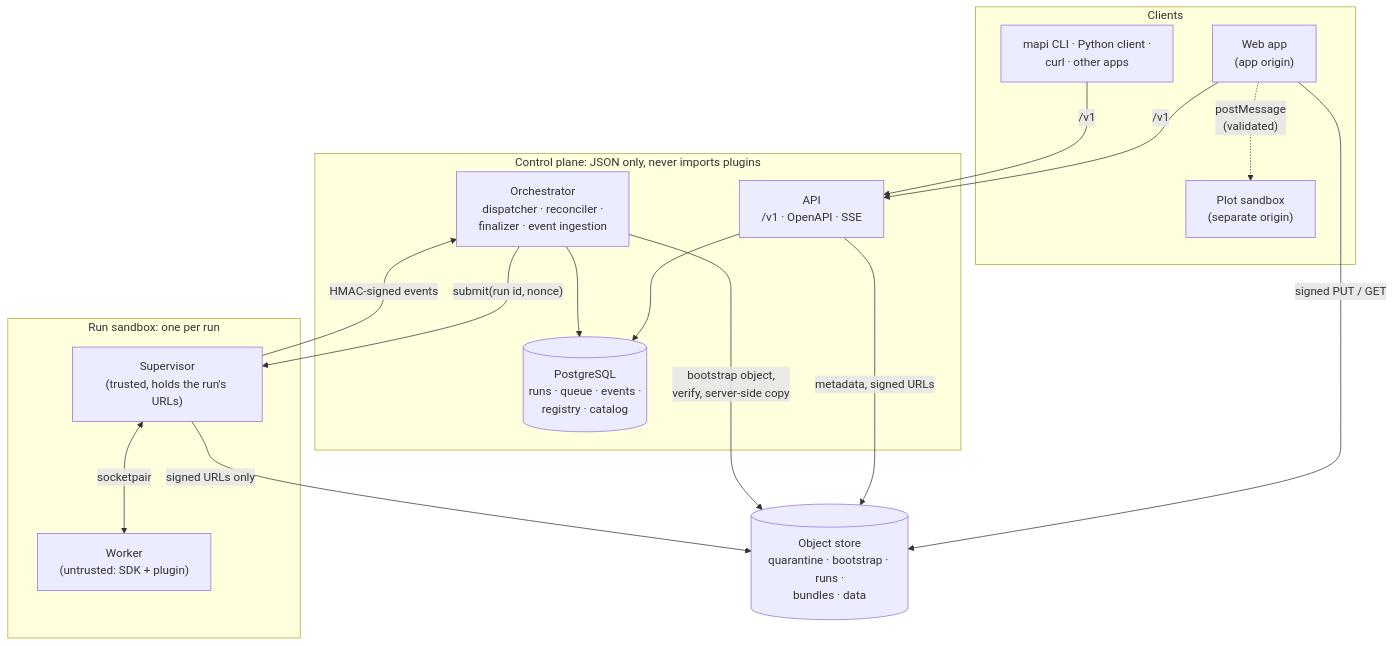
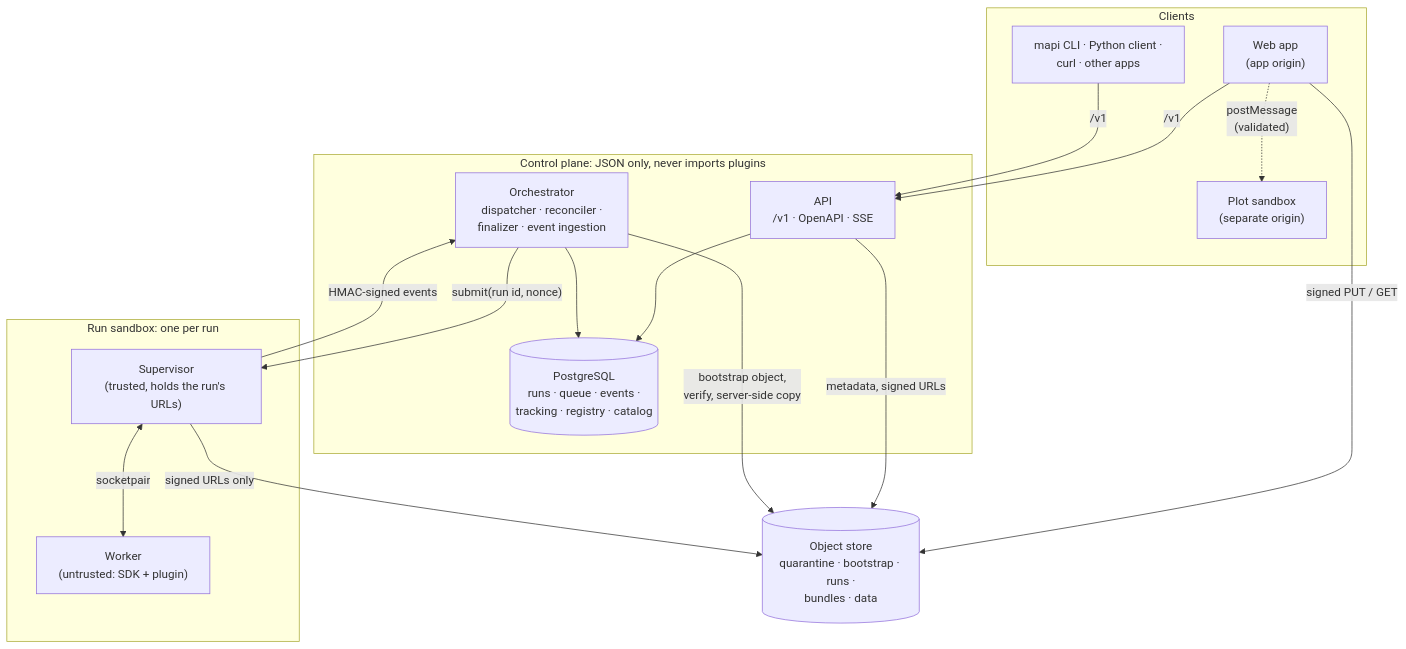
The first of 6 diagrams in docs/concepts/architecture.md (redam94/modeling-api), drawn with Mermaid before and after one commit. The commit also changed other lines of this file and 15 other files, not shown here.

````diff
--- a/docs/concepts/architecture.md
+++ b/docs/concepts/architecture.md
@@ -17,31 +17,31 @@
 ```mermaid
 flowchart TB
     subgraph clients["Clients"]
         web["Web app<br/>(app origin)"]
         sandbox["Plot sandbox<br/>(separate origin)"]
         cli["mapi CLI · Python client ·<br/>curl · other apps"]
     end
     subgraph control["Control plane: JSON only, never imports plugins"]
         api["API<br/>/v1 · OpenAPI · SSE"]
         orch["Orchestrator<br/>dispatcher · reconciler ·<br/>finalizer · event ingestion"]
-        pg[("PostgreSQL<br/>runs · queue · events ·<br/>registry · catalog")]
+        pg[("PostgreSQL<br/>runs · queue · events ·<br/>tracking · registry · catalog")]
     end
     subgraph exec["Run sandbox: one per run"]
         sup["Supervisor<br/>(trusted, holds the run's URLs)"]
         wrk["Worker<br/>(untrusted: SDK + plugin)"]
     end
     store[("Object store<br/>quarantine · bootstrap · runs ·<br/>bundles · data")]
 
     web -->|"/v1"| api
     cli -->|"/v1"| api
     web -. "postMessage<br/>(validated)" .-> sandbox
     web -->|"signed PUT / GET"| store
     api --> pg
     orch --> pg
     api -->|"metadata, signed URLs"| store
     orch -->|"bootstrap object,<br/>verify, server-side copy"| store
     orch -->|"submit(run id, nonce)"| sup
     sup <-->|"socketpair"| wrk
     sup -->|"signed URLs only"| store
     sup -->|"HMAC-signed events"| orch
 ```
````
